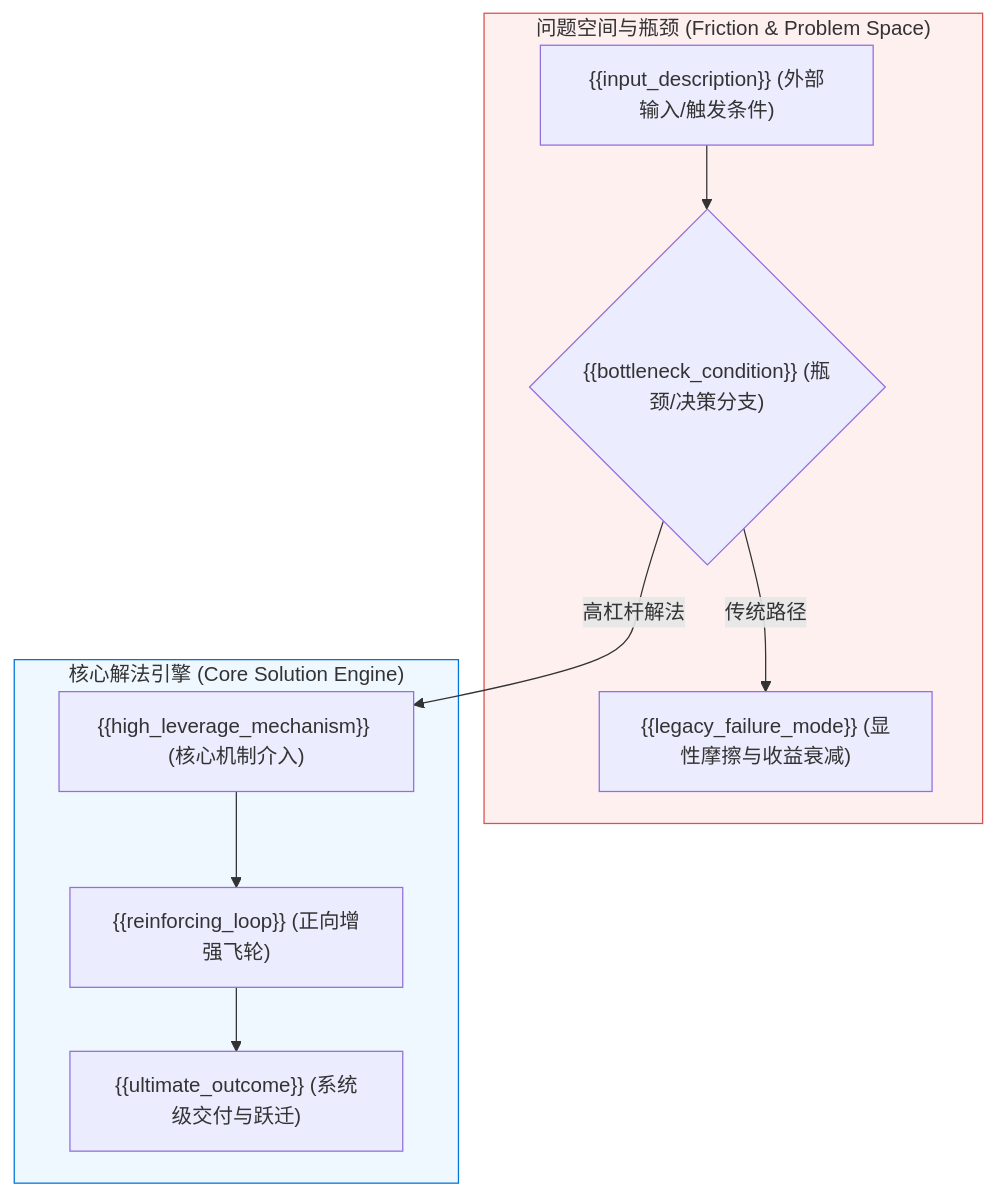
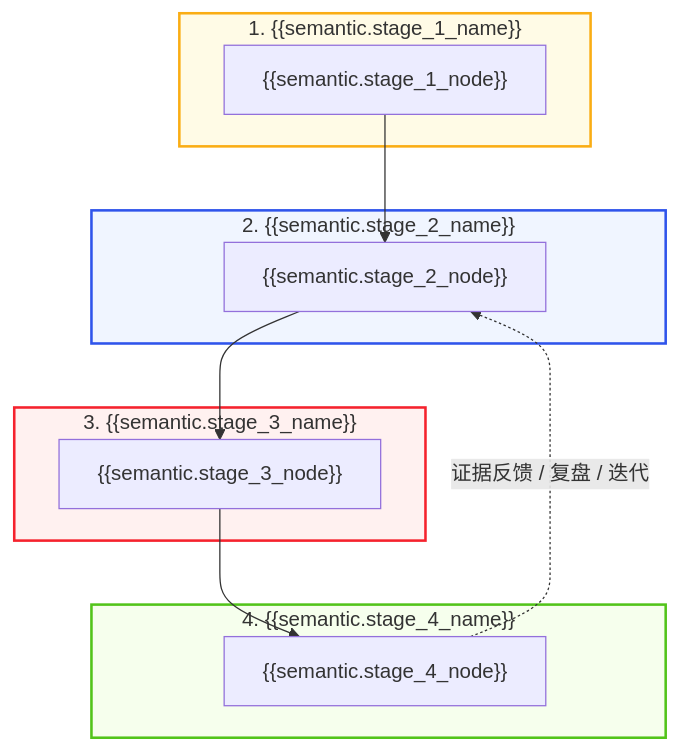
One commit to Mark393295827/third-brain-v7-skills changed the diagram in system/templates/template-concept-gold-standard.md. Above: the diagram before and after it, drawn with Mermaid. The commit also changed other lines of this file and 178 other files, not shown here.

````diff
--- a/system/templates/template-concept-gold-standard.md
+++ b/system/templates/template-concept-gold-standard.md
@@ -44,16 +82,26 @@
 ```mermaid
 flowchart TD
-    subgraph ProblemSpace ["问题空间与瓶颈 (Friction & Problem Space)"]
-        A["{{input_description}} (外部输入/触发条件)"] --> B{"{{bottleneck_condition}} (瓶颈/决策分支)"}
-        B -->|传统路径| C["{{legacy_failure_mode}} (显性摩擦与收益衰减)"]
+    subgraph Stage1 ["1. {{semantic.stage_1_name}}"]
+        S1["{{semantic.stage_1_node}}"]
     end
 
-    subgraph SolutionEngine ["核心解法引擎 (Core Solution Engine)"]
-        B -->|高杠杆解法| D["{{high_leverage_mechanism}} (核心机制介入)"]
-        D --> E["{{reinforcing_loop}} (正向增强飞轮)"]
-        E --> F["{{ultimate_outcome}} (系统级交付与跃迁)"]
+    subgraph Stage2 ["2. {{semantic.stage_2_name}}"]
+        S2["{{semantic.stage_2_node}}"]
     end
 
-    style ProblemSpace fill:#fff0f0,stroke:#d9534f,stroke-width:1px
-    style SolutionEngine fill:#f0f8ff,stroke:#0275d8,stroke-width:1px
+    subgraph Stage3 ["3. {{semantic.stage_3_name}}"]
+        S3["{{semantic.stage_3_node}}"]
+    end
+
+    subgraph Stage4 ["4. {{semantic.stage_4_name}}"]
+        S4["{{semantic.stage_4_node}}"]
+    end
+
+    S1 --> S2 --> S3 --> S4
+    S4 -.证据反馈 / 复盘 / 迭代.-> S2
+
+    style Stage1 fill:#fffbe6,stroke:#faad14,stroke-width:2px
+    style Stage2 fill:#f0f5ff,stroke:#2f54eb,stroke-width:2px
+    style Stage3 fill:#fff1f0,stroke:#f5222d,stroke-width:2px
+    style Stage4 fill:#f6ffed,stroke:#52c41a,stroke-width:2px
 ```
````
